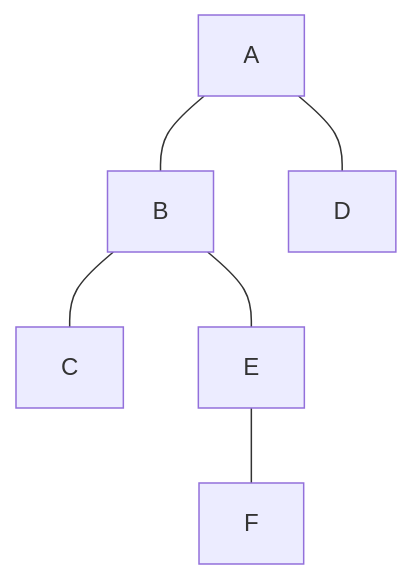
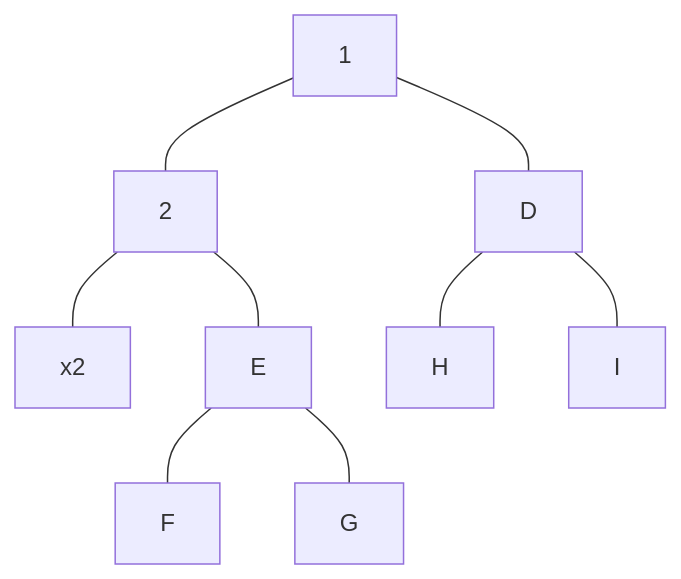
Before and after one commit to Tiggax/Zapiski: the diagram in 2. Letnik/Podatkovne strukture in algoritmi/Untitledbb.md, drawn with Mermaid. The commit also changed other lines of this file, not shown here.

Commit message:
flyingarchie backup: 2021-11-10 15:47:28

````diff
--- a/2. Letnik/Podatkovne strukture in algoritmi/Untitledbb.md
+++ b/2. Letnik/Podatkovne strukture in algoritmi/Untitledbb.md
@@ -15,9 +8,12 @@
 ```mermaid
 graph TB;
-A---B
-B---C
+A[1]---B
+B[2]---C[x2]
 A---D
+D---H
+D---I
 B---E
 E---F
+E---G
 
 ```
````
